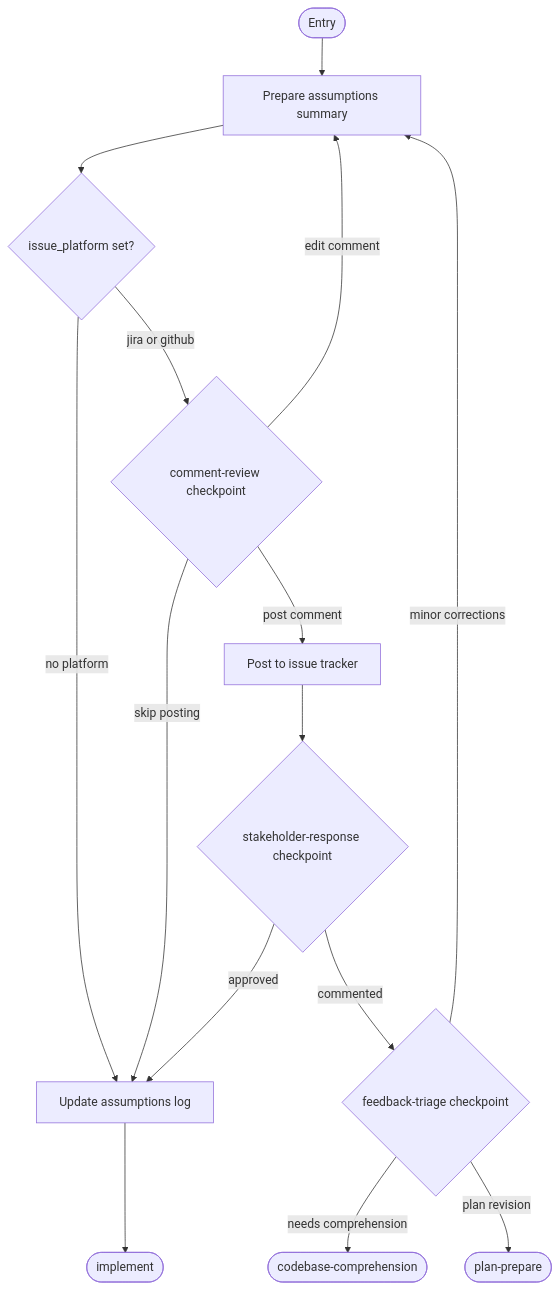
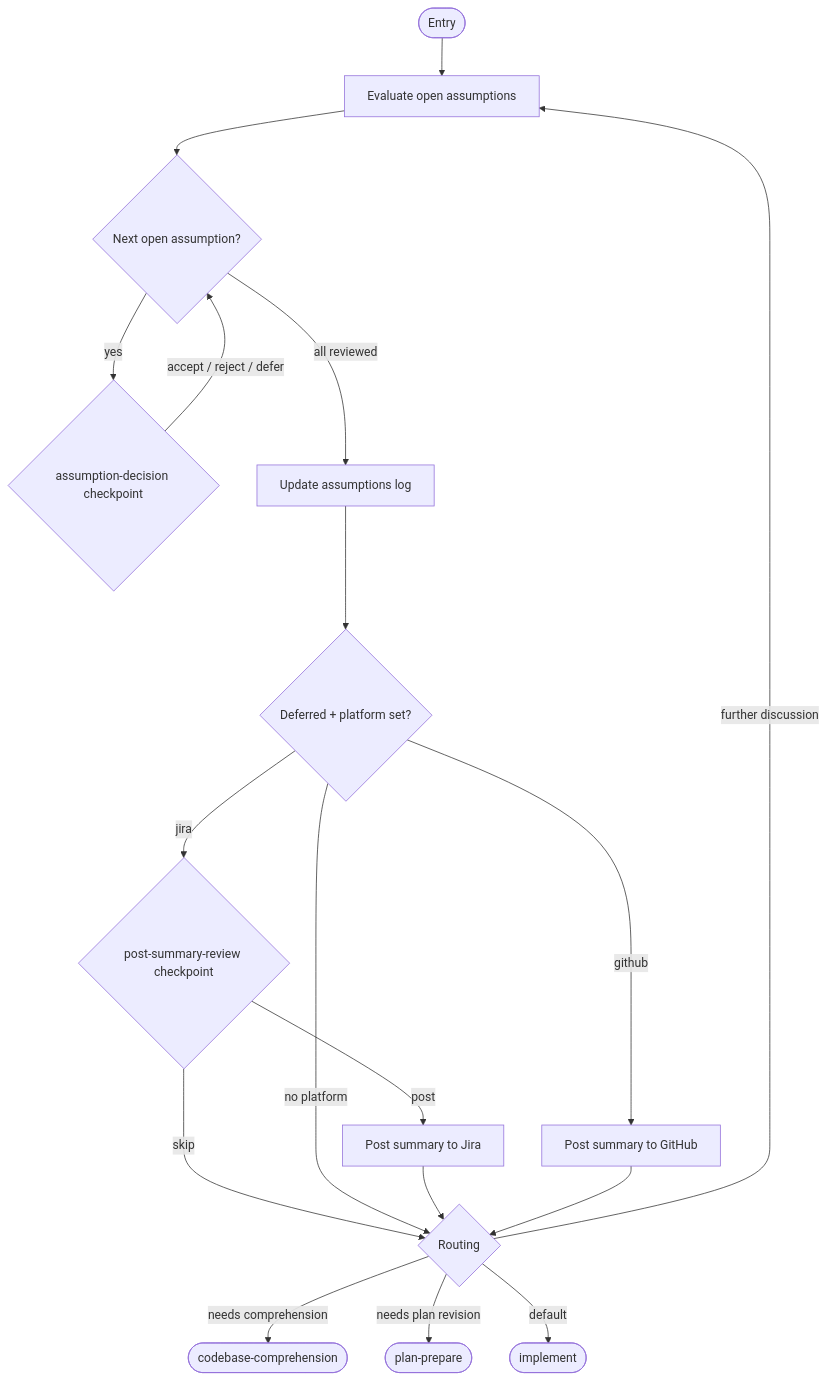
The seventh of 14 diagrams in work-package/activities/README.md (m2ux/workflow-server), drawn with Mermaid before and after one commit. The commit also changed other lines of this file and 48 other files, not shown here.

````diff
--- a/work-package/activities/README.md
+++ b/work-package/activities/README.md
@@ -514,21 +475,22 @@
 ```mermaid
 graph TD
-    entryNode(["Entry"]) --> prepSummary["Prepare assumptions summary"]
-    prepSummary --> checkPlatform{"issue_platform set?"}
-    checkPlatform -->|"jira or github"| cpComment{"comment-review checkpoint"}
-    checkPlatform -->|"no platform"| updateLog["Update assumptions log"]
+    entryNode(["Entry"]) --> evalOpen["Evaluate open assumptions"]
+    evalOpen --> interviewLoop{"Next open assumption?"}
+    interviewLoop -->|"yes"| cpDecision{"assumption-decision checkpoint"}
+    cpDecision -->|"accept / reject / defer"| interviewLoop
+    interviewLoop -->|"all reviewed"| updateLog["Update assumptions log"]
 
-    cpComment -->|"post comment"| postComment["Post to issue tracker"]
-    cpComment -->|"edit comment"| prepSummary
-    cpComment -->|"skip posting"| updateLog
+    updateLog --> checkPlatform{"Deferred + platform set?"}
+    checkPlatform -->|"jira"| cpSummary{"post-summary-review checkpoint"}
+    cpSummary -->|"post"| postJira["Post summary to Jira"]
+    cpSummary -->|"skip"| route
+    checkPlatform -->|"github"| postGithub["Post summary to GitHub"]
+    checkPlatform -->|"no platform"| route
 
-    postComment --> cpResponse{"stakeholder-response checkpoint"}
-    cpResponse -->|"approved"| updateLog
-    cpResponse -->|"commented"| cpTriage{"feedback-triage checkpoint"}
-
-    cpTriage -->|"minor corrections"| prepSummary
-    cpTriage -->|"needs comprehension"| exitComprehension(["codebase-comprehension"])
-    cpTriage -->|"plan revision"| exitPlan(["plan-prepare"])
-
-    updateLog --> exitNode(["implement"])
+    postJira --> route{"Routing"}
+    postGithub --> route
+    route -->|"needs comprehension"| exitComprehension(["codebase-comprehension"])
+    route -->|"needs plan revision"| exitPlan(["plan-prepare"])
+    route -->|"further discussion"| evalOpen
+    route -->|"default"| exitImplement(["implement"])
 ```
````
